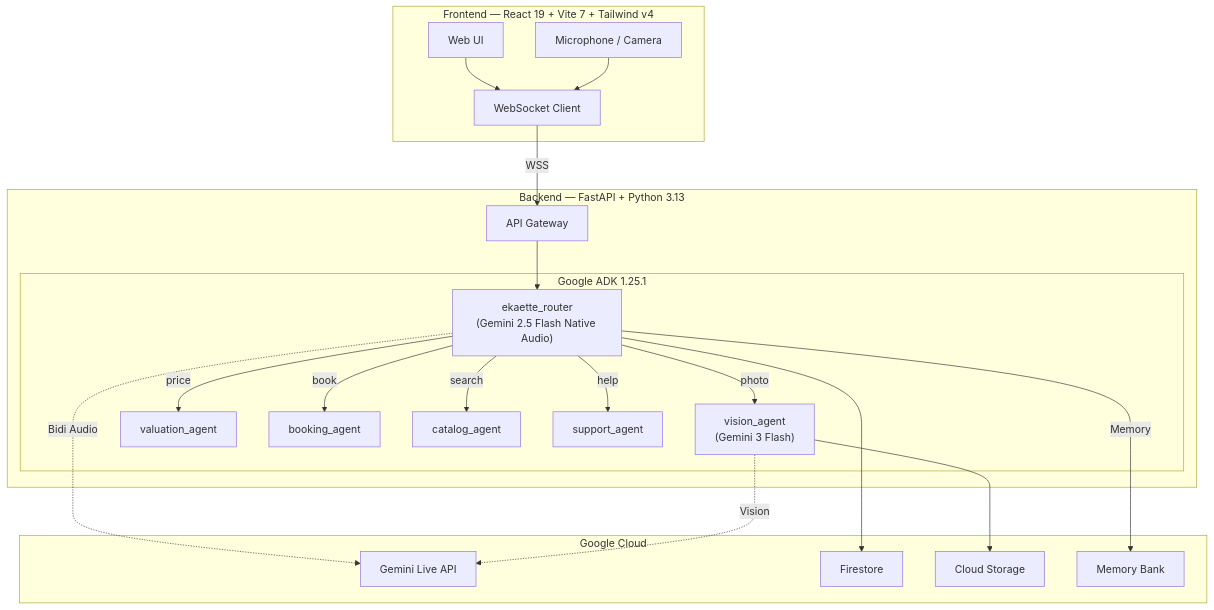
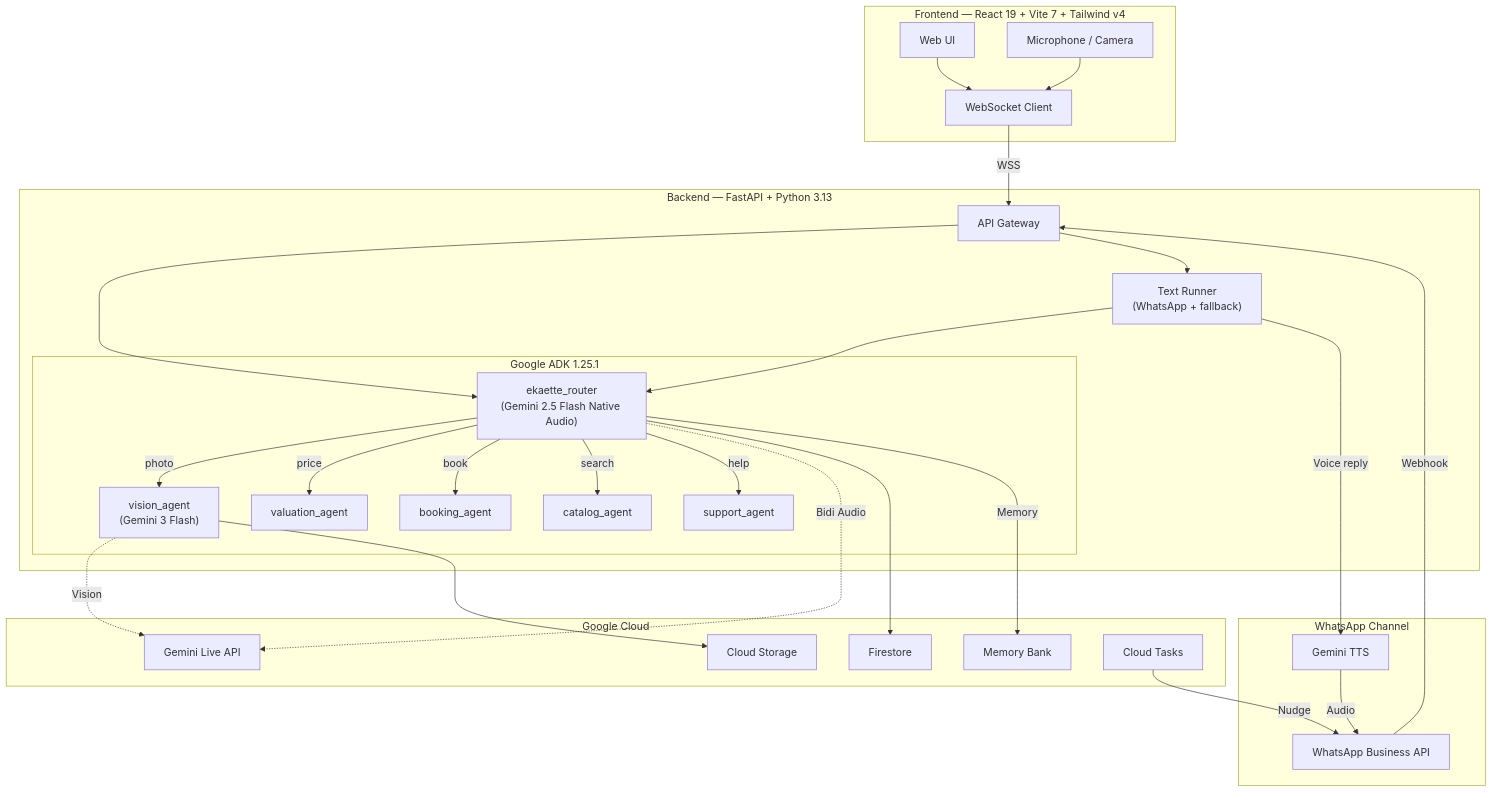
Before and after one commit to ogabasseyy/ekaette: the diagram in README.md, drawn with Mermaid. The commit also changed other lines of this file and 3 other files, not shown here.

Commit message:
Update README: WhatsApp channel, 6 industries, accurate test counts, static architecture diagram

````diff
--- a/README.md
+++ b/README.md
@@ -54,42 +60,55 @@
 ```mermaid
 graph TB
     subgraph "Frontend — React 19 + Vite 7 + Tailwind v4"
         UI["Web UI"]
         WS["WebSocket Client"]
         MIC["Microphone / Camera"]
+    end
+
+    subgraph "WhatsApp Channel"
+        WA["WhatsApp Business API"]
+        TTS["Gemini TTS"]
     end
 
     subgraph "Backend — FastAPI + Python 3.13"
         GW["API Gateway"]
         subgraph "Google ADK 1.25.1"
             ROOT["ekaette_router<br/>(Gemini 2.5 Flash Native Audio)"]
             VA["vision_agent<br/>(Gemini 3 Flash)"]
             VLA["valuation_agent"]
             BA["booking_agent"]
             CA["catalog_agent"]
             SA["support_agent"]
         end
+        TR["Text Runner<br/>(WhatsApp + fallback)"]
     end
 
     subgraph "Google Cloud"
         LIVE["Gemini Live API"]
         FS["Firestore"]
         CS["Cloud Storage"]
         MB["Memory Bank"]
+        CT["Cloud Tasks"]
     end
 
     UI --> WS
     MIC --> WS
     WS -->|"WSS"| GW
+    WA -->|"Webhook"| GW
     GW --> ROOT
+    GW --> TR
+    TR --> ROOT
     ROOT -->|"photo"| VA
     ROOT -->|"price"| VLA
     ROOT -->|"book"| BA
     ROOT -->|"search"| CA
     ROOT -->|"help"| SA
     ROOT -.->|"Bidi Audio"| LIVE
     VA -.->|"Vision"| LIVE
     ROOT --> FS
     VA --> CS
     ROOT -->|"Memory"| MB
+    TR -->|"Voice reply"| TTS
+    TTS -->|"Audio"| WA
+    CT -->|"Nudge"| WA
 ```
````
